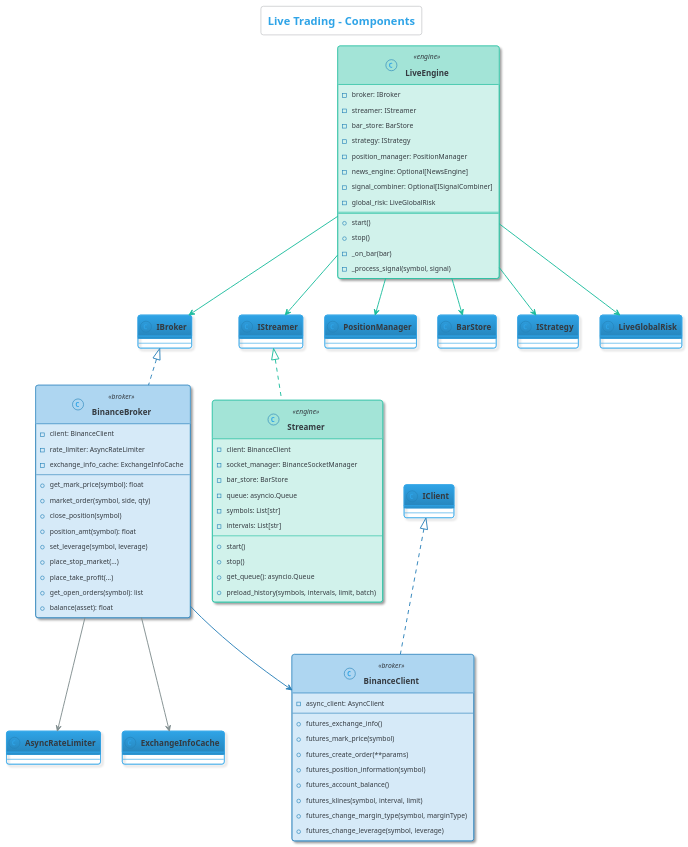
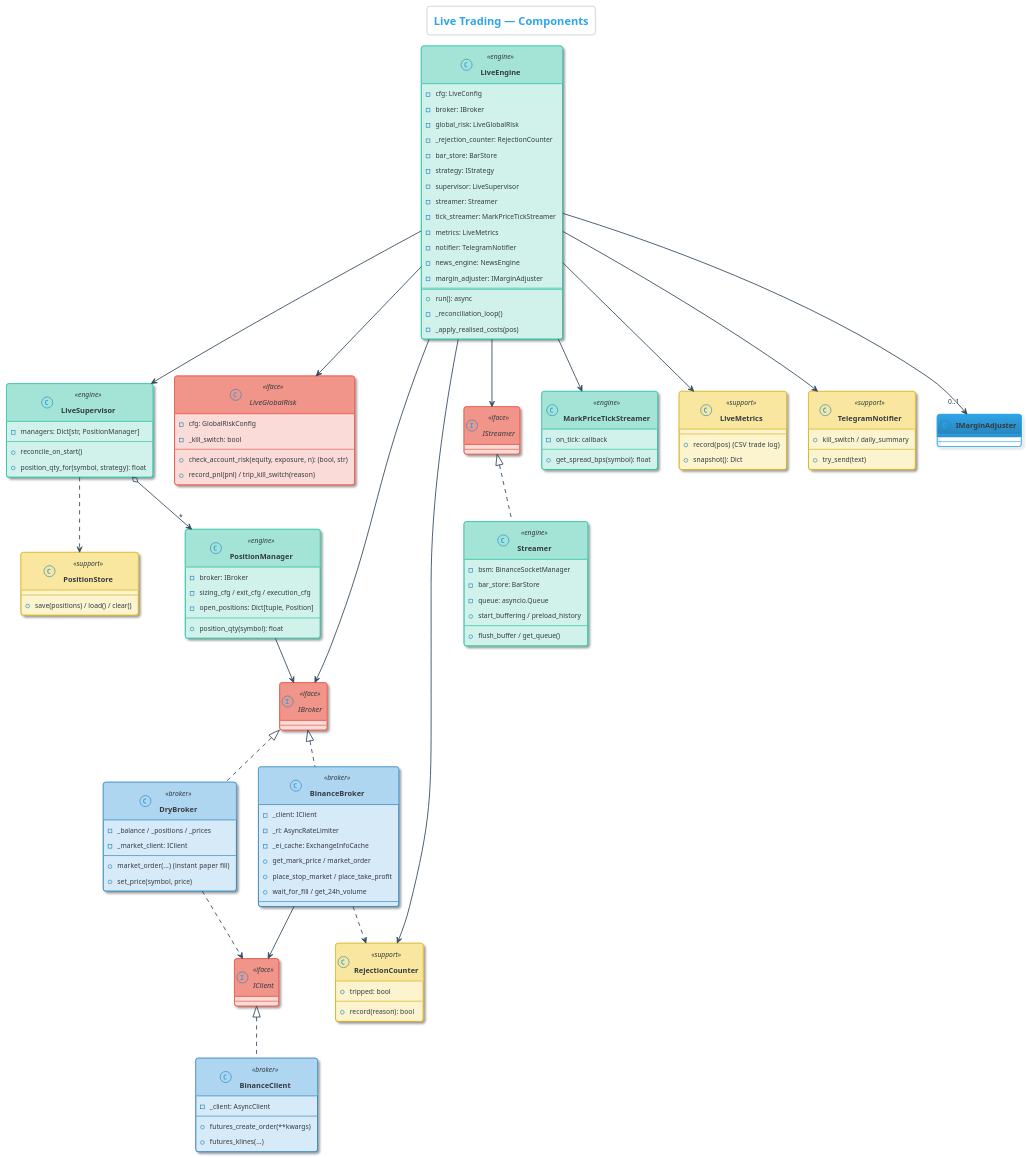
One commit to McanKul/ai-adaptive-tradebot-blg4901 changed the eighth of 15 diagrams in docs/uml_diagrams.puml. Above: the diagram before and after it, drawn with PlantUML. The commit also changed other lines of this file and 5 other files, not shown here.

```diff
--- a/docs/uml_diagrams.puml
+++ b/docs/uml_diagrams.puml
@@ -352,105 +878,142 @@
 @startuml Class_Live
 !theme cerulean-outline
-title <size:18>**Live Trading - Components**</size>
+title <size:18>**Live Trading — Components**</size>
 
 skinparam {
   shadowing true
   defaultFontSize 11
-  classFontSize 13
+  classFontSize 12
   classFontStyle bold
   ArrowColor #34495E
-  ArrowThickness 1.5
+  ArrowThickness 1.4
 }
-
 skinparam class<<engine>> {
   BackgroundColor #D1F2EB
   BorderColor #1ABC9C
   HeaderBackgroundColor #A3E4D7
 }
-
 skinparam class<<broker>> {
   BackgroundColor #D6EAF8
   BorderColor #2980B9
   HeaderBackgroundColor #AED6F1
 }
-
-skinparam class<<abstract>> {
+skinparam class<<iface>> {
   BackgroundColor #FADBD8
   BorderColor #E74C3C
   HeaderBackgroundColor #F1948A
   FontStyle italic
 }
+skinparam class<<support>> {
+  BackgroundColor #FCF3CF
+  BorderColor #D4AC0D
+  HeaderBackgroundColor #F9E79F
+}
 
 class LiveEngine <<engine>> {
+  -cfg: LiveConfig
   -broker: IBroker
-  -streamer: IStreamer
+  -global_risk: LiveGlobalRisk
+  -_rejection_counter: RejectionCounter
   -bar_store: BarStore
   -strategy: IStrategy
-  -position_manager: PositionManager
-  -news_engine: Optional[NewsEngine]
-  -signal_combiner: Optional[ISignalCombiner]
-  -global_risk: LiveGlobalRisk
+  -supervisor: LiveSupervisor
+  -streamer: Streamer
+  -tick_streamer: MarkPriceTickStreamer
+  -metrics: LiveMetrics
+  -notifier: TelegramNotifier
+  -news_engine: NewsEngine
+  -margin_adjuster: IMarginAdjuster
   ==
-  +start()
-  +stop()
-  -_on_bar(bar)
-  -_process_signal(symbol, signal)
+  +run(): async
+  -_reconciliation_loop()
+  -_apply_realised_costs(pos)
+}
+class LiveSupervisor <<engine>> {
+  -managers: Dict[str, PositionManager]
+  +reconcile_on_start()
+  +position_qty_for(symbol, strategy): float
+}
+class PositionManager <<engine>> {
+  -broker: IBroker
+  -sizing_cfg / exit_cfg / execution_cfg
+  -open_positions: Dict[tuple, Position]
+  +position_qty(symbol): float
+}
+class PositionStore <<support>> {
+  +save(positions) / load() / clear()
+}
+class LiveGlobalRisk <<iface>> {
+  -cfg: GlobalRiskConfig
+  -_kill_switch: bool
+  +check_account_risk(equity, exposure, n): (bool, str)
+  +record_pnl(pnl) / trip_kill_switch(reason)
+}
+class RejectionCounter <<support>> {
+  +record(reason): bool
+  +tripped: bool
 }
 
+interface IBroker <<iface>>
+interface IClient <<iface>>
+interface IStreamer <<iface>>
+
 class BinanceBroker <<broker>> {
-  -client: BinanceClient
-  -rate_limiter: AsyncRateLimiter
-  -exchange_info_cache: ExchangeInfoCache
-  --
-  +get_mark_price(symbol): float
-  +market_order(symbol, side, qty)
-  +close_position(symbol)
-  +position_amt(symbol): float
-  +set_leverage(symbol, leverage)
-  +place_stop_market(...)
-  +place_take_profit(...)
-  +get_open_orders(symbol): list
-  +balance(asset): float
+  -_client: IClient
+  -_rl: AsyncRateLimiter
+  -_ei_cache: ExchangeInfoCache
+  +get_mark_price / market_order
+  +place_stop_market / place_take_profit
+  +wait_for_fill / get_24h_volume
+}
+class DryBroker <<broker>> {
+  -_balance / _positions / _prices
+  -_market_client: IClient
+  +market_order(...)  (instant paper fill)
+  +set_price(symbol, price)
+}
+class BinanceClient <<broker>> {
+  -_client: AsyncClient
+  +futures_create_order(**kwargs)
+  +futures_klines(...)
+}
+class Streamer <<engine>> {
+  -bsm: BinanceSocketManager
+  -bar_store: BarStore
+  -queue: asyncio.Queue
+  +start_buffering / preload_history
+  +flush_buffer / get_queue()
+}
+class MarkPriceTickStreamer <<engine>> {
+  -on_tick: callback
+  +get_spread_bps(symbol): float
+}
+class LiveMetrics <<support>> {
+  +record(pos)  (CSV trade log)
+  +snapshot(): Dict
+}
+class TelegramNotifier <<support>> {
+  +try_send(text)
+  +kill_switch / daily_summary
 }
 
-class BinanceClient <<broker>> {
-  -async_client: AsyncClient
-  --
-  +futures_exchange_info()
-  +futures_mark_price(symbol)
-  +futures_create_order(**params)
-  +futures_position_information(symbol)
-  +futures_account_balance()
-  +futures_klines(symbol, interval, limit)
-  +futures_change_margin_type(symbol, marginType)
-  +futures_change_leverage(symbol, leverage)
-}
-
-class Streamer <<engine>> {
-  -client: BinanceClient
-  -socket_manager: BinanceSocketManager
-  -bar_store: BarStore
-  -queue: asyncio.Queue
-  -symbols: List[str]
-  -intervals: List[str]
-  --
-  +start()
-  +stop()
-  +get_queue(): asyncio.Queue
-  +preload_history(symbols, intervals, limit, batch)
-}
-
-IBroker <|..[#2980B9] BinanceBroker
-IClient <|..[#2980B9] BinanceClient
-IStreamer <|..[#1ABC9C] Streamer
-BinanceBroker -[#2980B9]-> BinanceClient
-BinanceBroker -[#7F8C8D]-> AsyncRateLimiter
-BinanceBroker -[#7F8C8D]-> ExchangeInfoCache
-LiveEngine -[#1ABC9C]-> IBroker
-LiveEngine -[#1ABC9C]-> IStreamer
-LiveEngine -[#1ABC9C]-> PositionManager
-LiveEngine -[#1ABC9C]-> BarStore
-LiveEngine -[#1ABC9C]-> IStrategy
-LiveEngine -[#1ABC9C]-> LiveGlobalRisk
+IBroker <|.. BinanceBroker
+IBroker <|.. DryBroker
+IClient <|.. BinanceClient
+IStreamer <|.. Streamer
+BinanceBroker --> IClient
+DryBroker ..> IClient
+LiveEngine --> IBroker
+LiveEngine --> IStreamer
+LiveEngine --> MarkPriceTickStreamer
+LiveEngine --> LiveSupervisor
+LiveEngine --> LiveGlobalRisk
+LiveEngine --> RejectionCounter
+LiveEngine --> LiveMetrics
+LiveEngine --> TelegramNotifier
+LiveEngine --> "0..1" IMarginAdjuster
+LiveSupervisor o--> "*" PositionManager
+LiveSupervisor ..> PositionStore
+PositionManager --> IBroker
+BinanceBroker ..> RejectionCounter
 
 @enduml
```
